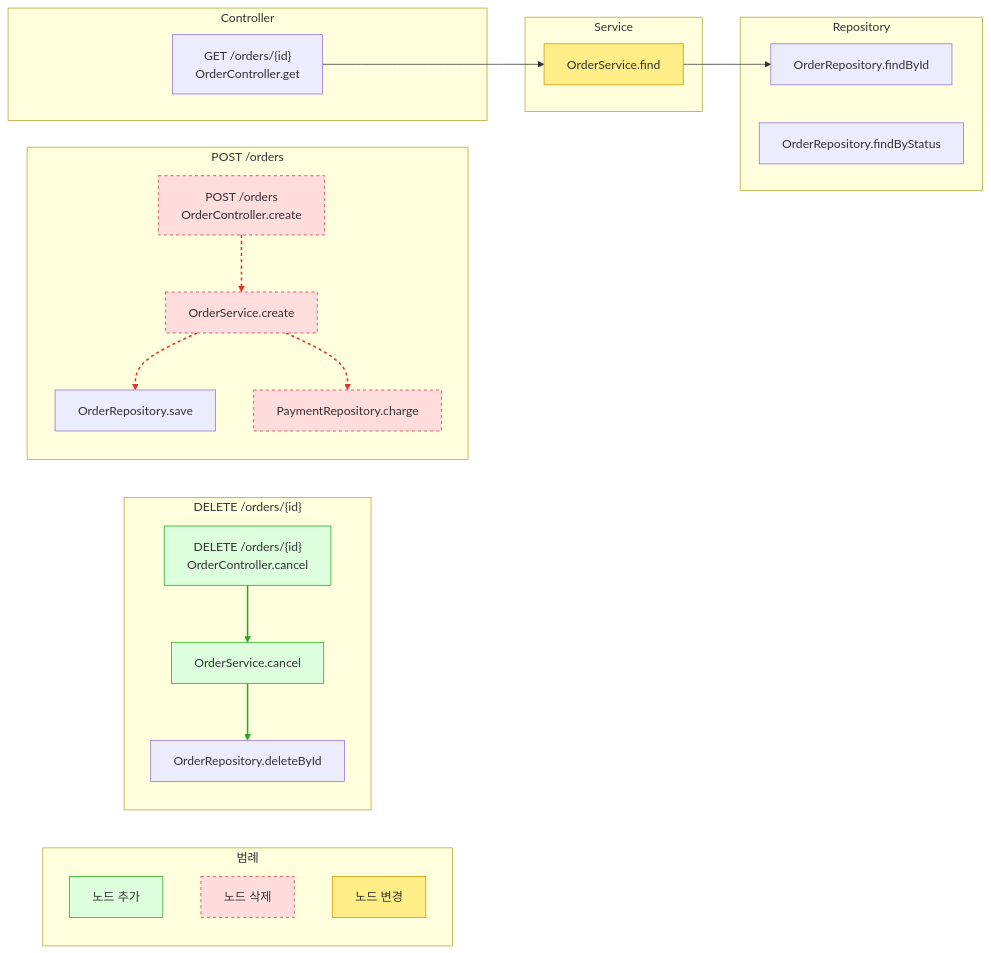
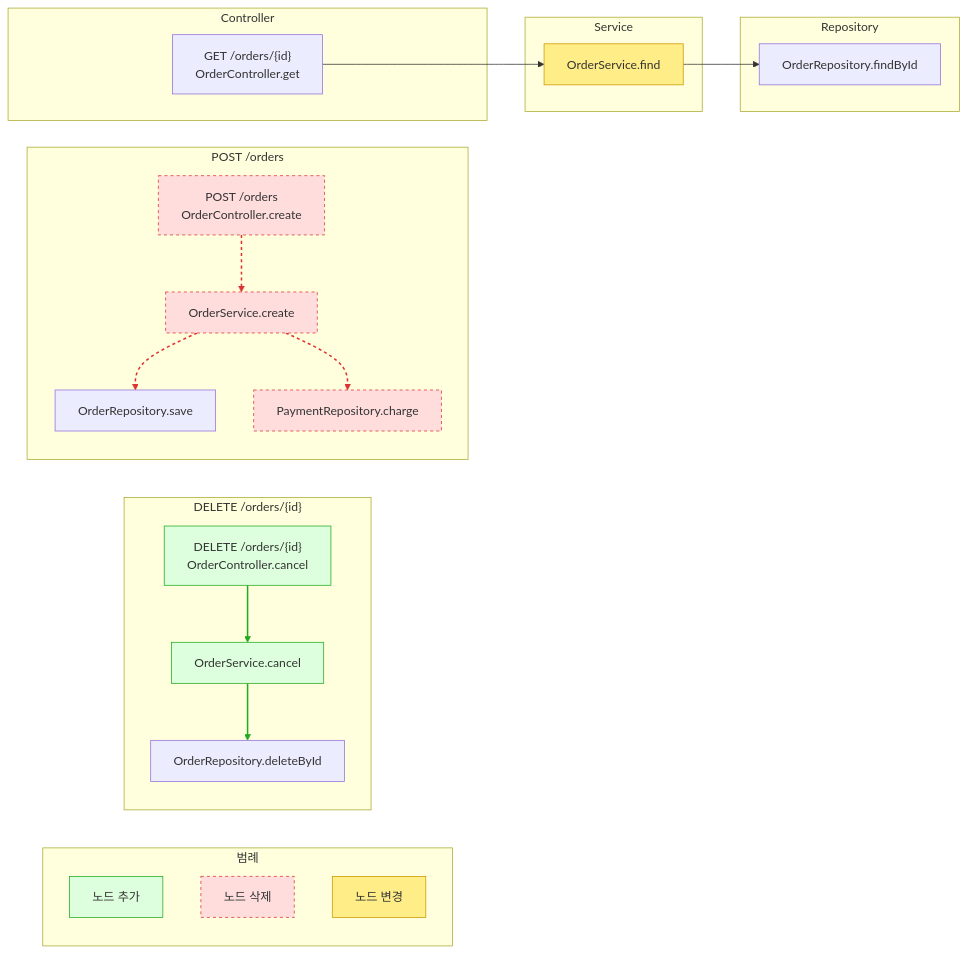
Before and after one commit to minky5004/flowdiffmap: the diagram in docs/example/request-flow.md, drawn with Mermaid. The commit also changed other lines of this file and 4 other files, not shown here.

````diff
--- a/docs/example/request-flow.md
+++ b/docs/example/request-flow.md
@@ -3,44 +3,43 @@
 ```mermaid
 flowchart LR
   subgraph LEGEND["범례"]
     legend_added["노드 추가"]:::added
     legend_removed["노드 삭제"]:::removed
     legend_changed["노드 변경"]:::changed
   end
   subgraph F_shop_order_OrderController_cancel_1["DELETE /orders/{id}"]
     shop_order_OrderController_cancel_1["DELETE /orders/{id}<br/>OrderController.cancel"]:::added
     shop_order_OrderRepository_deleteById_1["OrderRepository.deleteById"]
     shop_order_OrderService_cancel_1["OrderService.cancel"]:::added
   end
   subgraph F_shop_order_OrderController_create_1["POST /orders"]
     shop_order_OrderController_create_1["POST /orders<br/>OrderController.create"]:::removed
     shop_order_OrderRepository_save_1["OrderRepository.save"]
     shop_order_OrderService_create_1["OrderService.create"]:::removed
     shop_order_PaymentRepository_charge_1["PaymentRepository.charge"]:::removed
   end
   subgraph CONTROLLER["Controller"]
     shop_order_OrderController_get_1["GET /orders/{id}<br/>OrderController.get"]
   end
   subgraph SERVICE["Service"]
     shop_order_OrderService_find_1["OrderService.find"]:::changed
   end
   subgraph REPOSITORY["Repository"]
     shop_order_OrderRepository_findById_1["OrderRepository.findById"]
-    shop_order_OrderRepository_findByStatus_1["OrderRepository.findByStatus"]
   end
     shop_order_OrderController_cancel_1 --> shop_order_OrderService_cancel_1
     shop_order_OrderController_create_1 --> shop_order_OrderService_create_1
     shop_order_OrderController_get_1 --> shop_order_OrderService_find_1
     shop_order_OrderService_cancel_1 --> shop_order_OrderRepository_deleteById_1
     shop_order_OrderService_create_1 --> shop_order_OrderRepository_save_1
     shop_order_OrderService_create_1 --> shop_order_PaymentRepository_charge_1
     shop_order_OrderService_find_1 --> shop_order_OrderRepository_findById_1
   linkStyle 0 stroke:#2a2,stroke-width:2px
   linkStyle 1 stroke:#d33,stroke-width:2px,stroke-dasharray:4
   linkStyle 3 stroke:#2a2,stroke-width:2px
   linkStyle 4 stroke:#d33,stroke-width:2px,stroke-dasharray:4
   linkStyle 5 stroke:#d33,stroke-width:2px,stroke-dasharray:4
   classDef added fill:#dfd,stroke:#2a2
   classDef removed fill:#fdd,stroke:#d33,stroke-dasharray:4
   classDef changed fill:#fe8,stroke:#c90
 ```
````
